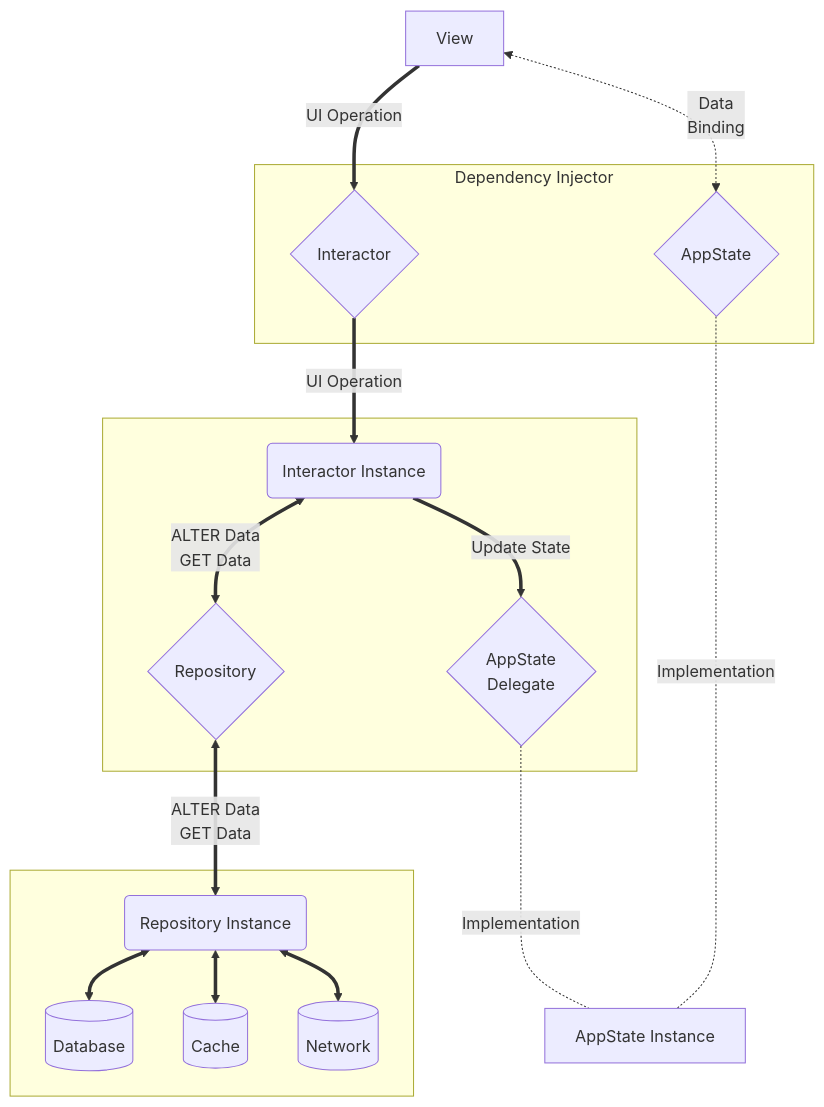
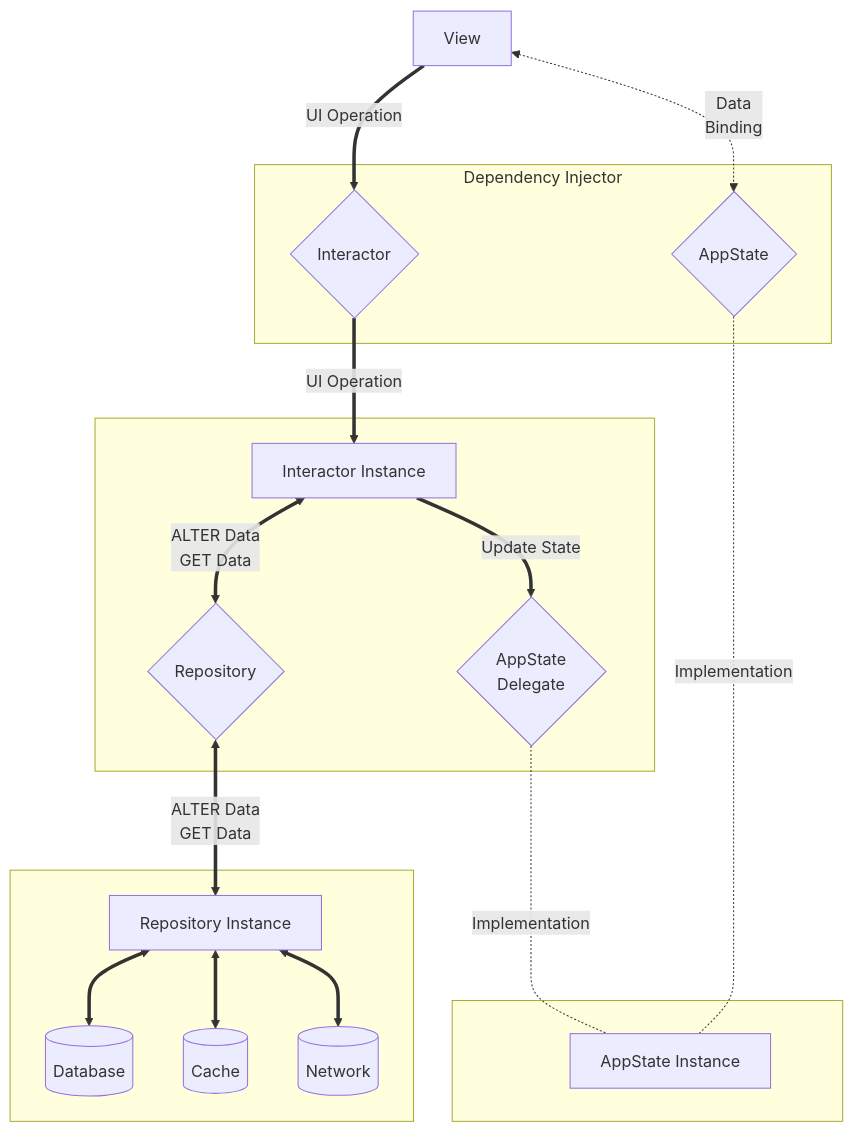
One commit to yanun0323/SwiftUI-Clean-Architecture changed the second of 5 diagrams in README.md. Above: the diagram before and after it, drawn with Mermaid. The commit also changed other lines of this file, not shown here.

````diff
--- a/README.md
+++ b/README.md
@@ -74,32 +74,34 @@
 ```mermaid
 graph TD
-    AI[AppState Instance]
+    subgraph " "
+        AI[AppState Instance]
+    end
 
     subgraph Dependency Injector
         I{Interactor}
         A{AppState}
     end
 
     subgraph " "
         AD{AppState\nDelegate}
         R{Repository}
-        II(Interactor Instance)
+        II[Interactor Instance]
     end
 
     subgraph " "
         DB[(Database)]
         C[(Cache)]
         N[(Network)]
-        RI(Repository Instance)
+        RI[Repository Instance]
         RI <==> DB & C & N
     end
 
     View ==>|UI Operation| I ==>|UI Operation| II 
     View <-.->|Data\nBinding| A -.-|Implementation| AI
     
     AD -..-|Implementation| AI
 
     II <==>|ALTER Data\nGET Data| R
     R <==>|ALTER Data\nGET Data| RI
     II ==>|Update State| AD
 ```
````
